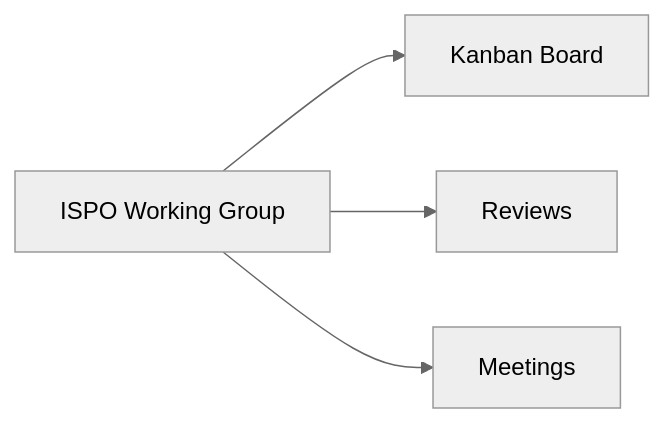
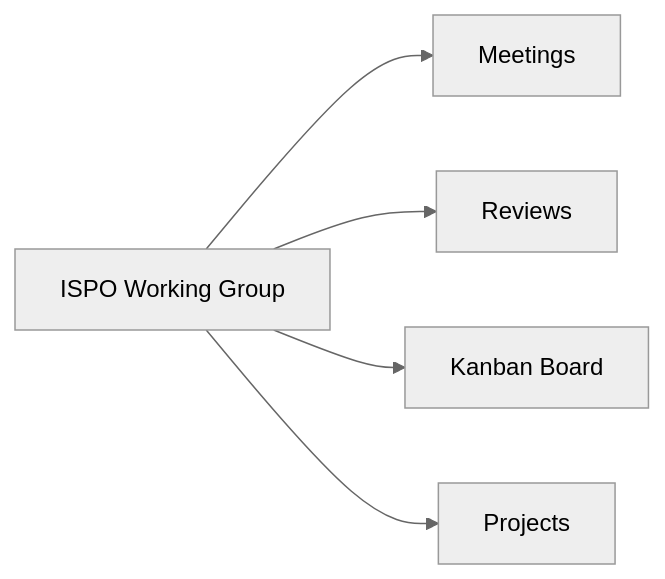
One commit to InnerSourceCommons/ispo-working-group changed the diagram in CONTRIBUTING.md. Above: the diagram before and after it, drawn with Mermaid (neutral theme). The commit also changed other lines of this file, not shown here.

````diff
--- a/CONTRIBUTING.md
+++ b/CONTRIBUTING.md
@@ -14,6 +11,7 @@
 ```mermaid
 graph LR
-    WG[ISPO Working Group] --> KB[Kanban Board]
+    WG[ISPO Working Group] -->  MU[Meetings]
     WG --> GD[Reviews]
-    WG --> MU[Meetings]
+    WG --> KB[Kanban Board]
+    WG --> PR[Projects]
 ```
````
